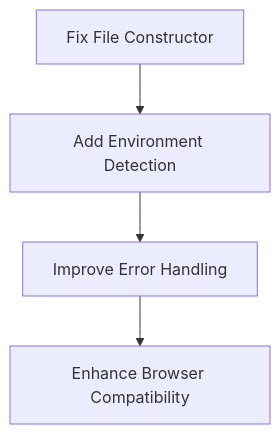
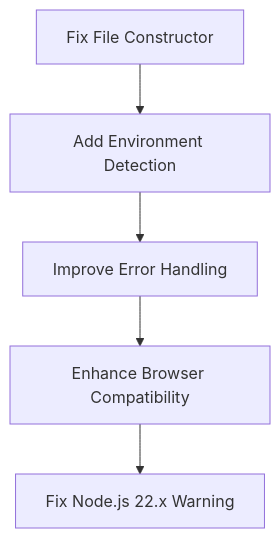
One commit to anthonyjj89/brain-dump-app changed the first of 4 diagrams in memory-bank/activeContext.md. Above: the diagram before and after it, drawn with Mermaid. The commit also changed other lines of this file and 1 other file, not shown here.

Commit message:
node version fix

````diff
--- a/memory-bank/activeContext.md
+++ b/memory-bank/activeContext.md
@@ -52,6 +54,7 @@
 ```mermaid
 flowchart TD
     A[Fix File Constructor] --> B[Add Environment Detection]
     B --> C[Improve Error Handling]
     C --> D[Enhance Browser Compatibility]
+    D --> E[Fix Node.js 22.x Warning]
 ```
````
